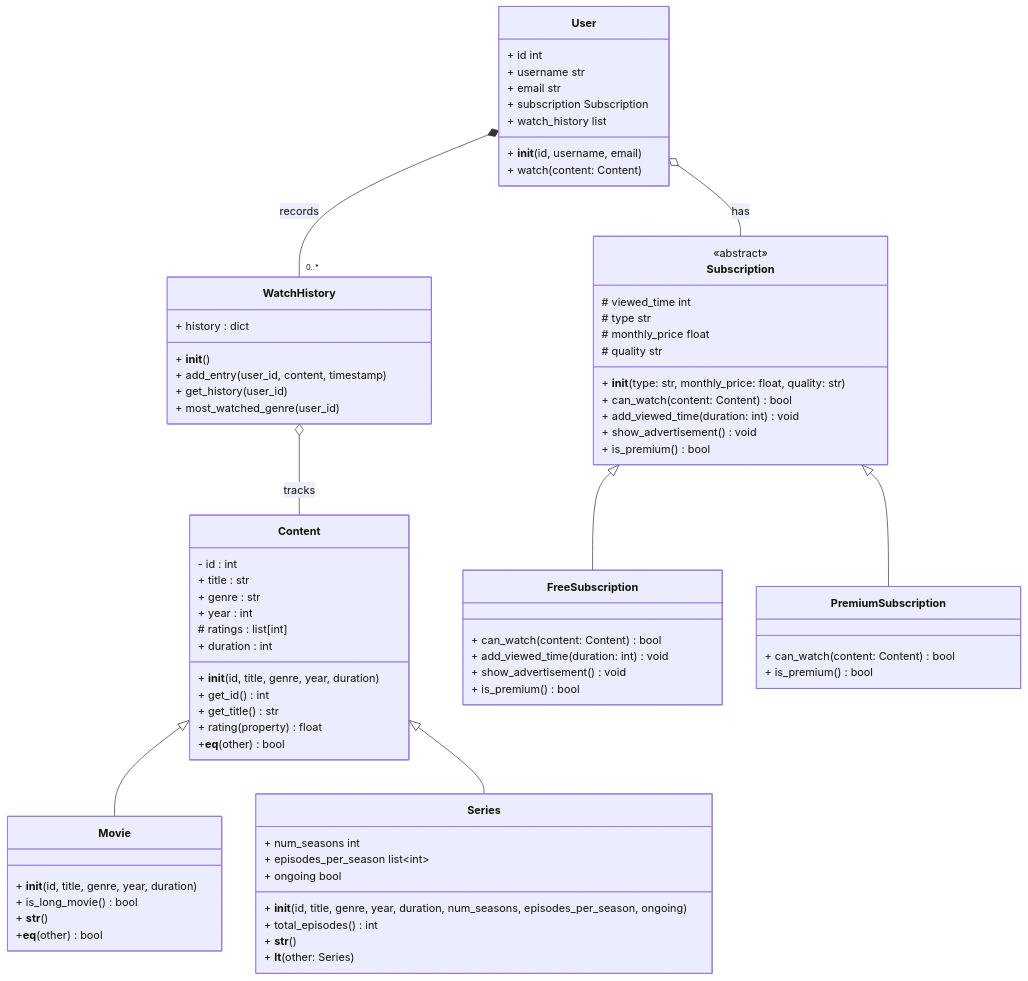
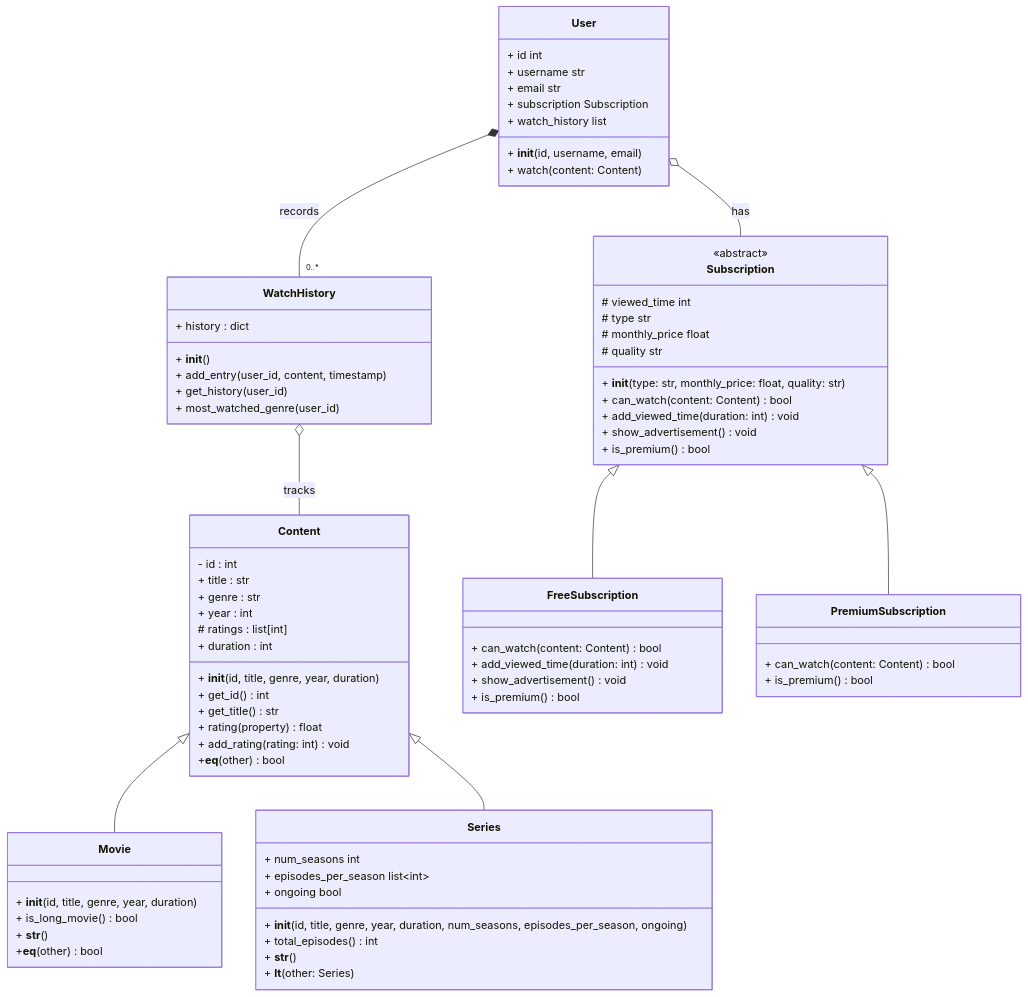
Before and after one commit to aldevgen/aldevgen.github.io: the diagram in _formations/oop/6_examen_fa.md, drawn with Mermaid.

Commit message:
Update FA exam

```diff
--- a/_formations/oop/6_examen_fa.md
+++ b/_formations/oop/6_examen_fa.md
@@ -65,6 +65,7 @@
         + get_id() int
         + get_title() str
         + rating (property) float
+        + add_rating(rating: int) void
         +__eq__(other) bool
     }
     
```
